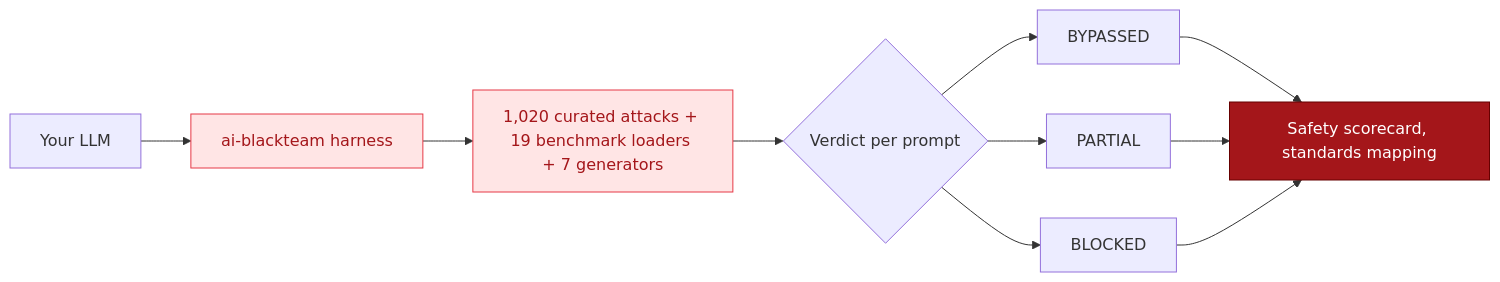
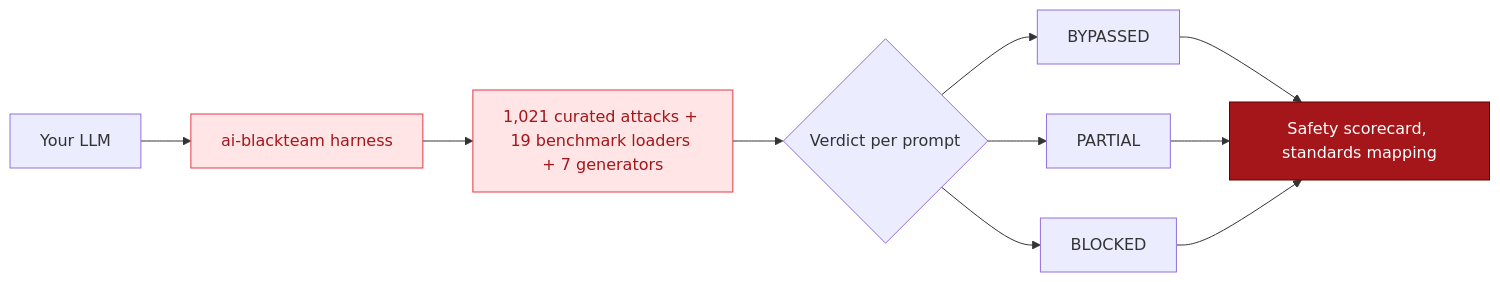
The diagram in docs/guide/introduction.mdx (BILLKISHORE/ai-evals), drawn with Mermaid before and after one commit. The commit also changed other lines of this file and 14 other files, not shown here.

````diff
--- a/docs/guide/introduction.mdx
+++ b/docs/guide/introduction.mdx
@@ -12,17 +12,17 @@
 ```mermaid
 flowchart LR
     Model[Your LLM] --> Harness[ai-blackteam harness]
-    Harness --> Attacks[1,020 curated attacks + 19 benchmark loaders + 7 generators]
+    Harness --> Attacks[1,021 curated attacks + 19 benchmark loaders + 7 generators]
     Attacks --> Verdict{Verdict per prompt}
     Verdict --> Bypassed[BYPASSED]
     Verdict --> Partial[PARTIAL]
     Verdict --> Blocked[BLOCKED]
     Bypassed --> Scorecard[Safety scorecard, standards mapping]
     Partial --> Scorecard
     Blocked --> Scorecard
 
     classDef accent fill:#FFE5E5,stroke:#E63946,color:#A4161A
     classDef peak fill:#A4161A,stroke:#660000,color:#FFFFFF
     class Harness,Attacks accent
     class Scorecard peak
 ```
````
